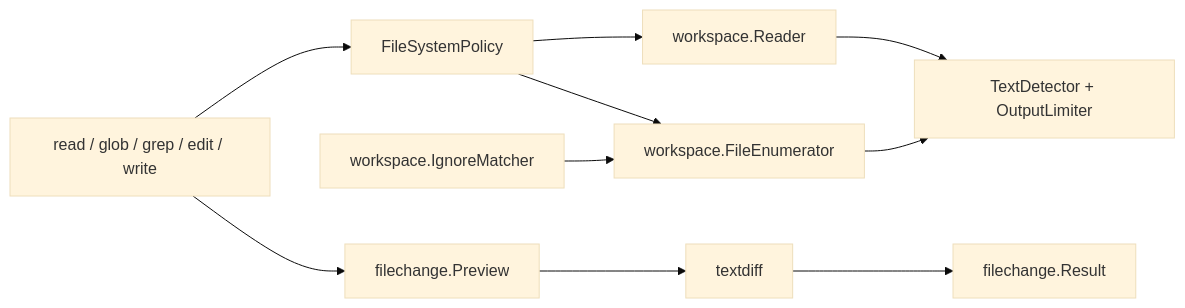
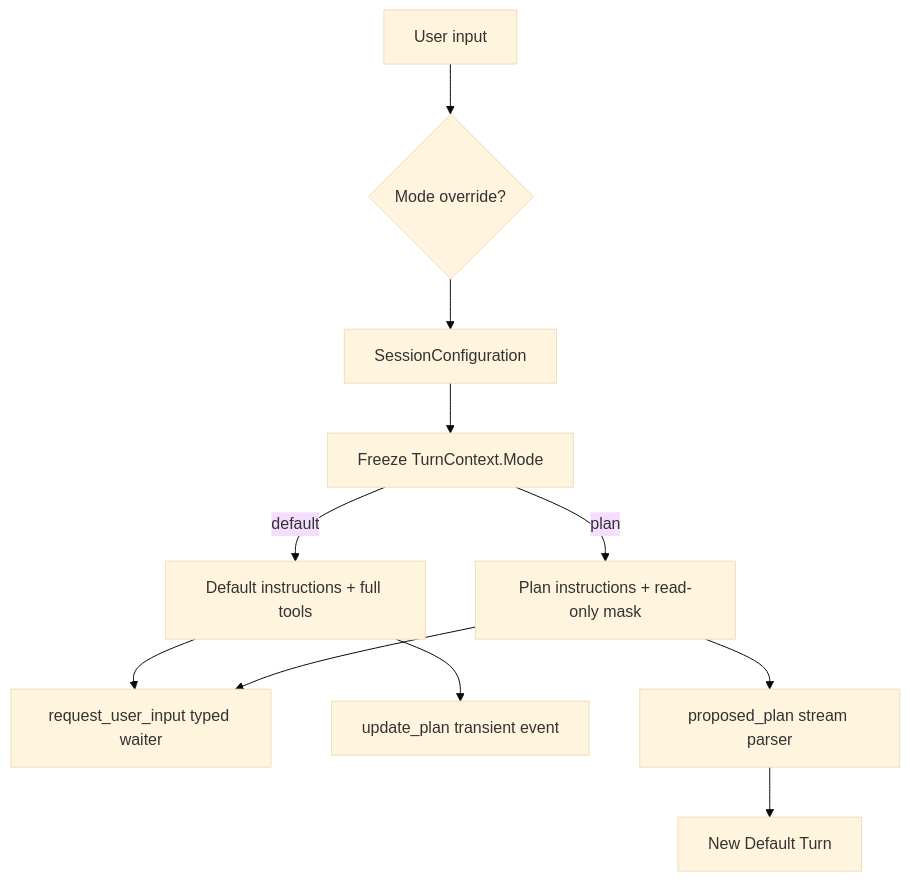
Diagram 13 of 43 in docs/architecture-whitepaper.md (Godric-W/Amadeus), drawn with Mermaid (base theme) before and after one commit. The commit also changed other lines of this file and 1 other file, not shown here.

````diff
--- a/docs/architecture-whitepaper.md
+++ b/docs/architecture-whitepaper.md
@@ -821,22 +592,21 @@
 ```mermaid
-flowchart LR
-    Tools[read / glob / grep / edit / write]
-    Policy[FileSystemPolicy]
-    Reader[workspace.Reader]
-    Enum[workspace.FileEnumerator]
-    Ignore[workspace.IgnoreMatcher]
-    Text[TextDetector + OutputLimiter]
-    Preview[filechange.Preview]
-    Diff[textdiff]
-    Result[filechange.Result]
+flowchart TD
+    Input[User input]
+    Override{Mode override?}
+    Config[SessionConfiguration]
+    Turn[Freeze TurnContext.Mode]
+    Default[Default instructions + full tools]
+    Plan[Plan instructions + read-only mask]
+    Ask[request_user_input typed waiter]
+    Checklist[update_plan transient event]
+    Proposed[proposed_plan stream parser]
+    Implement[New Default Turn]
 
-    Tools --> Policy
-    Policy --> Reader
-    Policy --> Enum
-    Ignore --> Enum
-    Reader --> Text
-    Enum --> Text
-    Tools --> Preview
-    Preview --> Diff
-    Diff --> Result
+    Input --> Override --> Config --> Turn
+    Turn -->|default| Default
+    Turn -->|plan| Plan
+    Default --> Ask
+    Default --> Checklist
+    Plan --> Ask
+    Plan --> Proposed --> Implement
 ```
````
